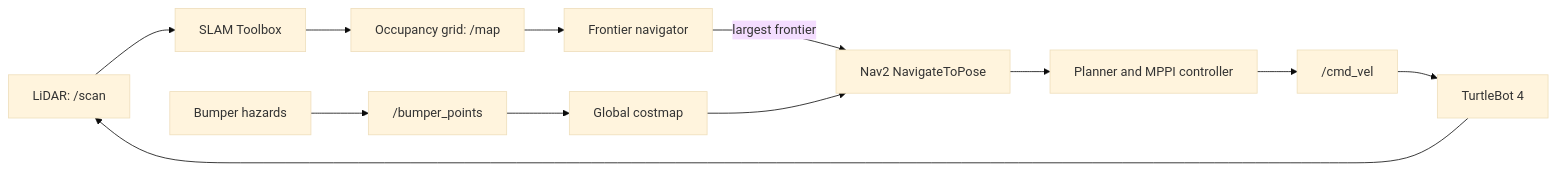
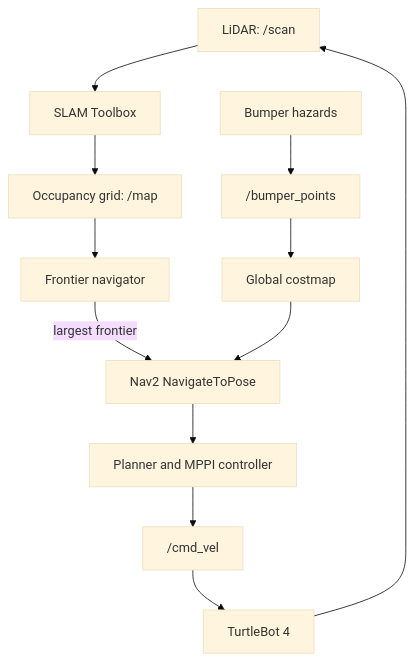
The diagram in README.md (siddartha00/AutoNavData), drawn with Mermaid (base theme) before and after one commit.

Commit message:
formatting fixes in documentation

````diff
--- a/README.md
+++ b/README.md
@@ -21,14 +21,14 @@
 ```mermaid
-flowchart LR
+flowchart TB
   lidar["LiDAR: /scan"] --> slam["SLAM Toolbox"]
   slam --> map["Occupancy grid: /map"]
   map --> frontier["Frontier navigator"]
   frontier -->|"largest frontier"| nav2["Nav2 NavigateToPose"]
   nav2 --> controller["Planner and MPPI controller"]
   controller --> velocity["/cmd_vel"]
   velocity --> robot["TurtleBot 4"]
   robot --> lidar
   hazards["Bumper hazards"] --> bumper["/bumper_points"]
   bumper --> costmap["Global costmap"]
   costmap --> nav2
 ```
````
